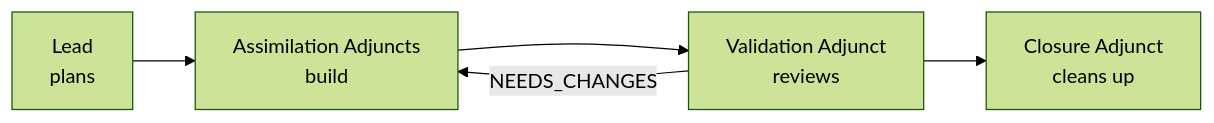
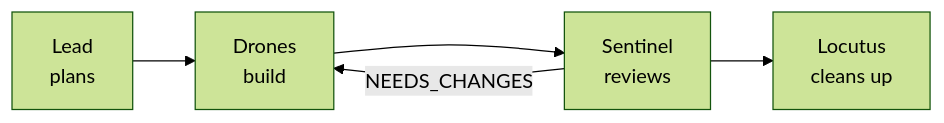
One commit to benediktms/unimatrix changed the first of 10 diagrams in README.md. Above: the diagram before and after it, drawn with Mermaid (forest theme). The commit also changed other lines of this file and 30 other files, not shown here.

````diff
--- a/README.md
+++ b/README.md
@@ -11,5 +11,5 @@
 ```mermaid
 flowchart LR
-    Plan["Lead<br/>plans"] --> Execute["Assimilation Adjuncts<br/>build"] --> Review["Validation Adjunct<br/>reviews"] --> Cleanup["Closure Adjunct<br/>cleans up"]
+    Plan["Lead<br/>plans"] --> Execute["Drones<br/>build"] --> Review["Sentinel<br/>reviews"] --> Cleanup["Locutus<br/>cleans up"]
     Review -->|NEEDS_CHANGES| Execute
 ```
````
